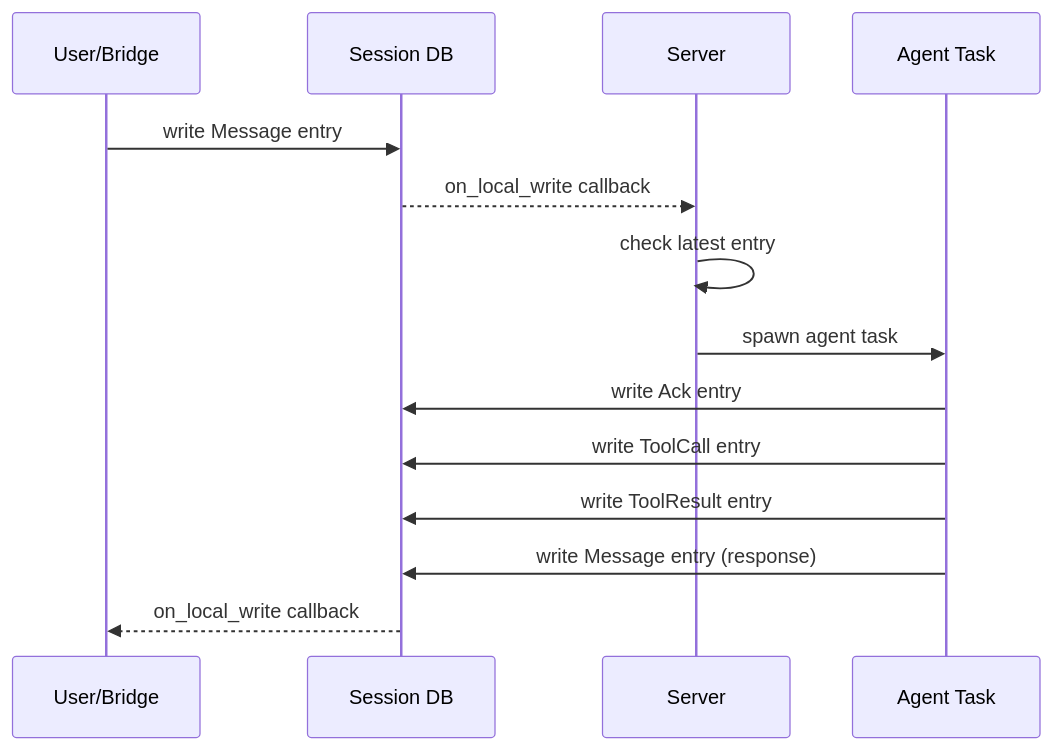
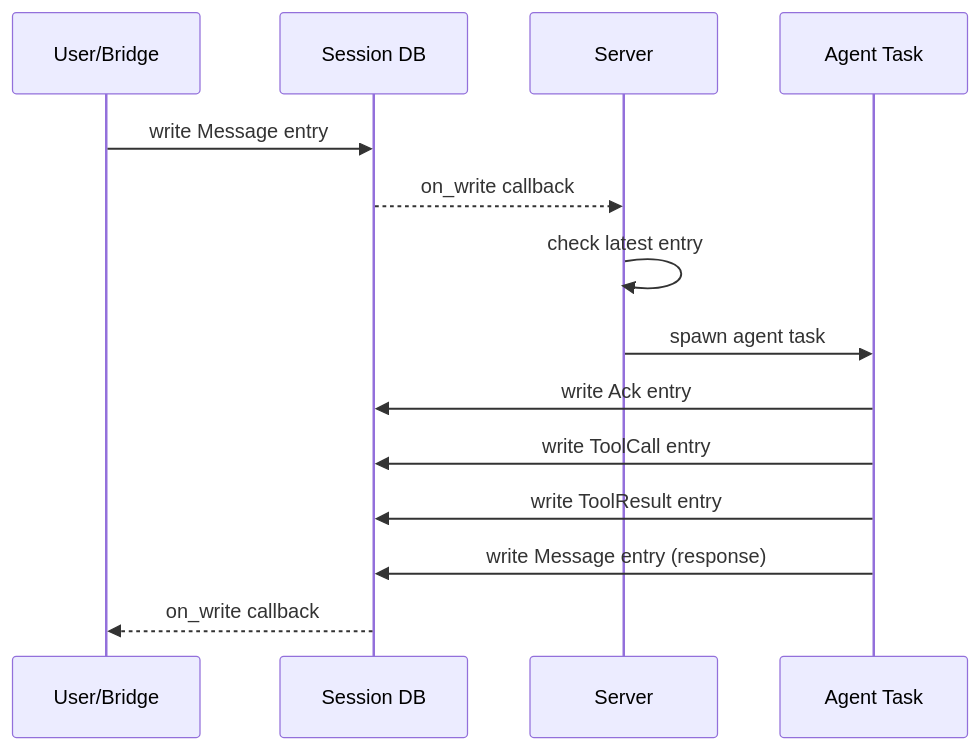
One commit to arcuru/chaz changed the first of 2 diagrams in docs/src/architecture/sessions.md. Above: the diagram before and after it, drawn with Mermaid. The commit also changed other lines of this file and 6 other files, not shown here.

````diff
--- a/docs/src/architecture/sessions.md
+++ b/docs/src/architecture/sessions.md
@@ -41,17 +41,17 @@
 ```mermaid
 sequenceDiagram
     participant U as User/Bridge
     participant S as Session DB
     participant SV as Server
     participant A as Agent Task
 
     U->>S: write Message entry
-    S-->>SV: on_local_write callback
+    S-->>SV: on_write callback
     SV->>SV: check latest entry
     SV->>A: spawn agent task
     A->>S: write Ack entry
     A->>S: write ToolCall entry
     A->>S: write ToolResult entry
     A->>S: write Message entry (response)
-    S-->>U: on_local_write callback
+    S-->>U: on_write callback
 ```
````
